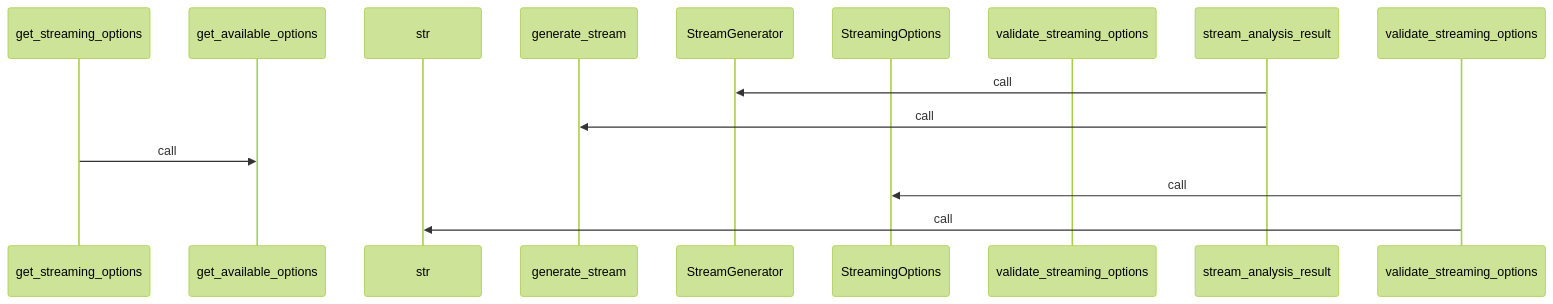
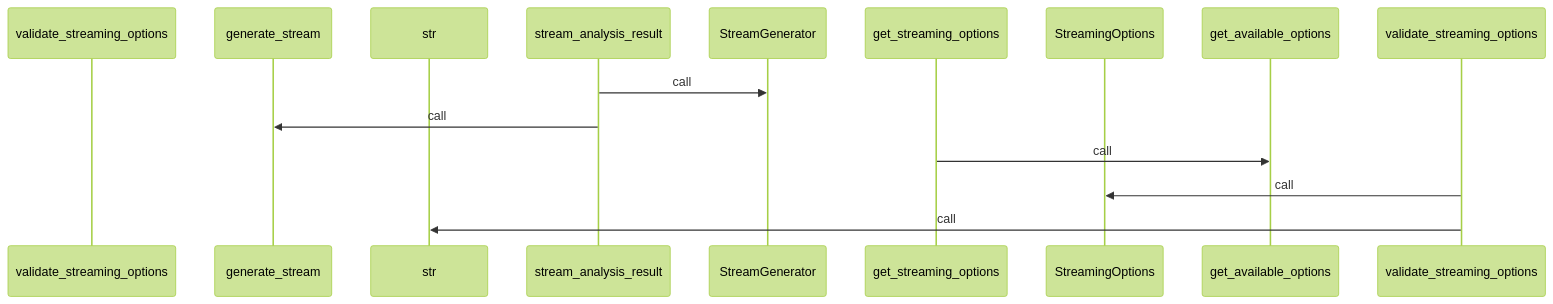
The sixth of 7 diagrams in generated_docs/rule_analyzer/streaming/__init__.md (yeonjae-personal/codemuse-backend), drawn with Mermaid (forest theme) before and after one commit. The commit also changed other lines of this file and 3991 other files, not shown here.

First line of the commit message:
feat: 워크플로우 개선 및 핵심 문서 자동 생성 구현

````diff
--- a/generated_docs/rule_analyzer/streaming/__init__.md
+++ b/generated_docs/rule_analyzer/streaming/__init__.md
@@ -255,16 +255,16 @@
 ```mermaid
 sequenceDiagram
+  participant validate_streaming_optio as validate_streaming_options
+  participant generate_stream as generate_stream
+  participant str as str
+  participant stream_analysis_result as stream_analysis_result
+  participant StreamGenerator as StreamGenerator
   participant get_streaming_options as get_streaming_options
+  participant StreamingOptions as StreamingOptions
   participant get_available_options as get_available_options
-  participant str as str
-  participant generate_stream as generate_stream
-  participant StreamGenerator as StreamGenerator
-  participant StreamingOptions as StreamingOptions
-  participant validate_streaming_optio as validate_streaming_options
-  participant stream_analysis_result as stream_analysis_result
   stream_analysis_result->>StreamGenerator: call
   stream_analysis_result->>generate_stream: call
   get_streaming_options->>get_available_options: call
   validate_streaming_options->>StreamingOptions: call
   validate_streaming_options->>str: call
 ```
````
